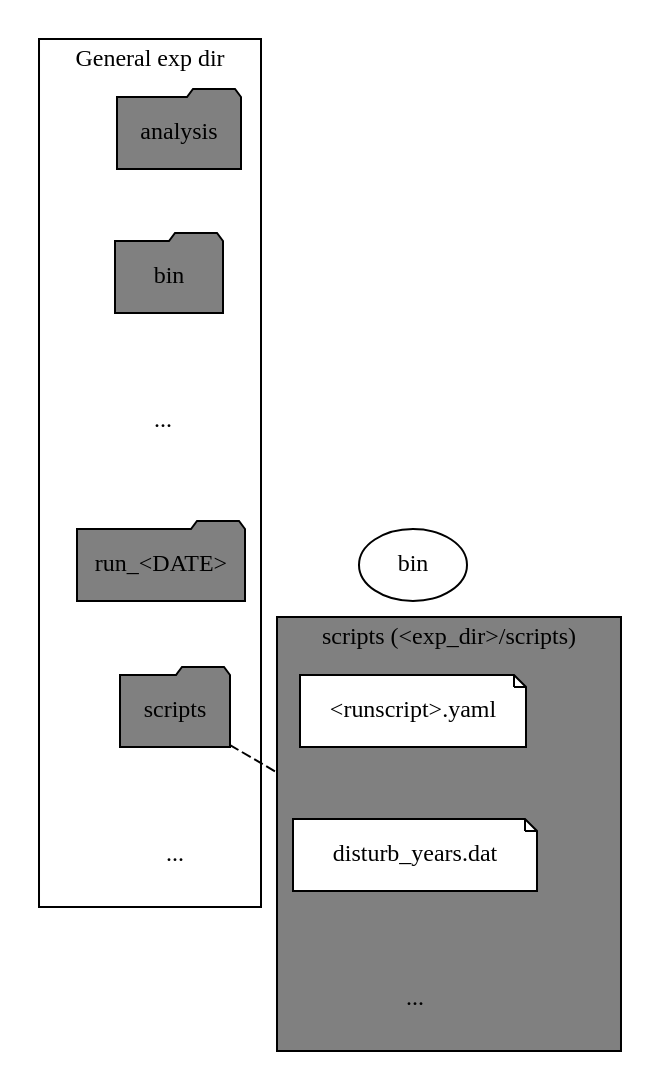
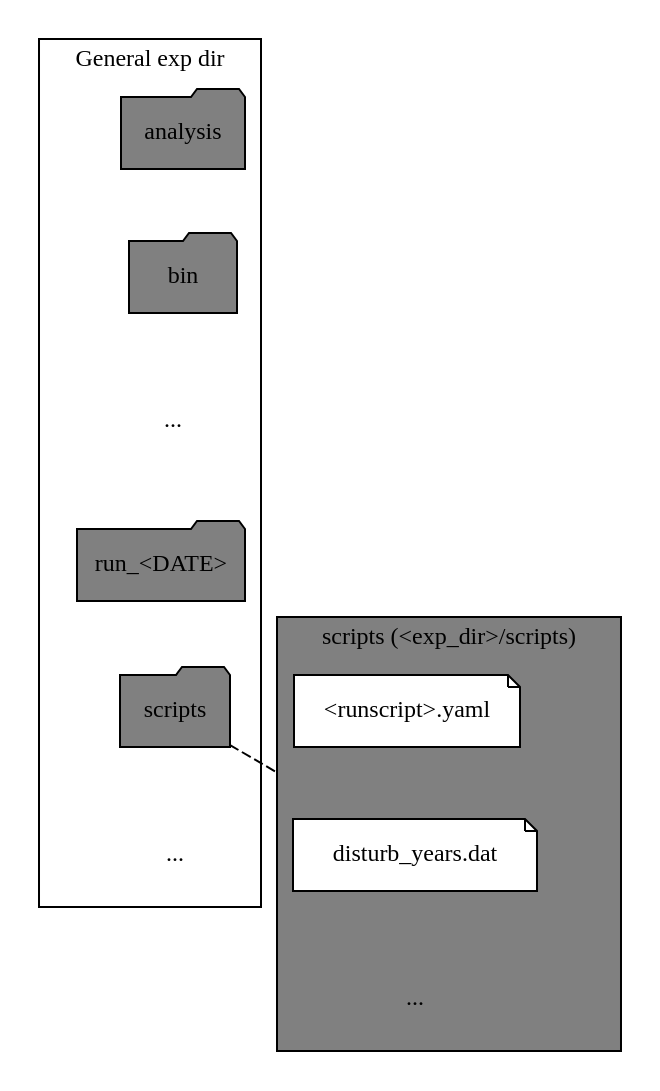
Before and after one commit to esm-tools/esm_tools: the diagram in docs/graph/echam_disturbance.dot, drawn with Graphviz.

Commit message:
hopefully last fix

```diff
--- a/docs/graph/echam_disturbance.dot
+++ b/docs/graph/echam_disturbance.dot
@@ -1,52 +1,52 @@
 digraph "echam_disturbance" {
     # size="10.0";
     graph [fontname="Verdana", fontsize="12"];
     node [fontname="Verdana", fontsize="12"];
     edge [fontname="Sans", fontsize="12"];
     rankdir="TB";
     compound=true;
 
     # GENERAL FOLDER SUBGROUP
     subgraph cluster0
     {
         label="General exp dir";
         node [style=filled];
         fontname="bold";
         color=black;
 
         # SUBFOLDERS
         ane [label="analysis", shape="folder", fillcolor="gray", style=filled];
         bie [label="bin", shape="folder", fillcolor="gray", style=filled];
         dt1 [label="...", shape="none", size=15, fillcolor="white"];
         rue [label="run_<DATE>", shape="folder", fillcolor="gray", style=filled];
         sce [label="scripts", shape="folder", fillcolor="gray", style=filled];
         dt2 [label="...", shape="none", size=15, fillcolor="white"];
 
         # VERTICAL ALIGNMENT OF SUBFOLDERS
         ane -> bie -> dt1 -> rue -> sce -> dt2[style=invis];
     }
 
     # SCRIPS FOLDER SUBGROUP
     subgraph cluster1
     {
         label="scripts (<exp_dir>/scripts)";
         node [style=filled];
         fontname="bold";
         style=filled;
         color=black;
         fillcolor=gray;
 
         # SUBFOLDERS
         run [label="<runscript>.yaml", shape="note", fillcolor="white", style=filled];
         diy [label="disturb_years.dat", shape="note", fontname="bold", fillcolor="white", style=filled];
         pt3 [label="...", shape="none", size=15, fillcolor="gray"];
 
         # VERTICAL ALIGNMENT OF SUBFOLDERS
         run -> diy -> pt3[style=invis];
     }
 
     # LINK SCRIPTS FOLDER WITH THE SCRIPTS FOLDER GROUP (DASHED LINE). lhead_cluster MAKES THE LINE TO STOP AT THE SCRIPTS FODLER CLUSTER
     sce -> diy[lhead=cluster1, dir=none, style=dashed, constrain=false];
     ane -> run[style=invis];
-    bin -> run[style=invis];
+    bie -> run[style=invis];
 }
```
